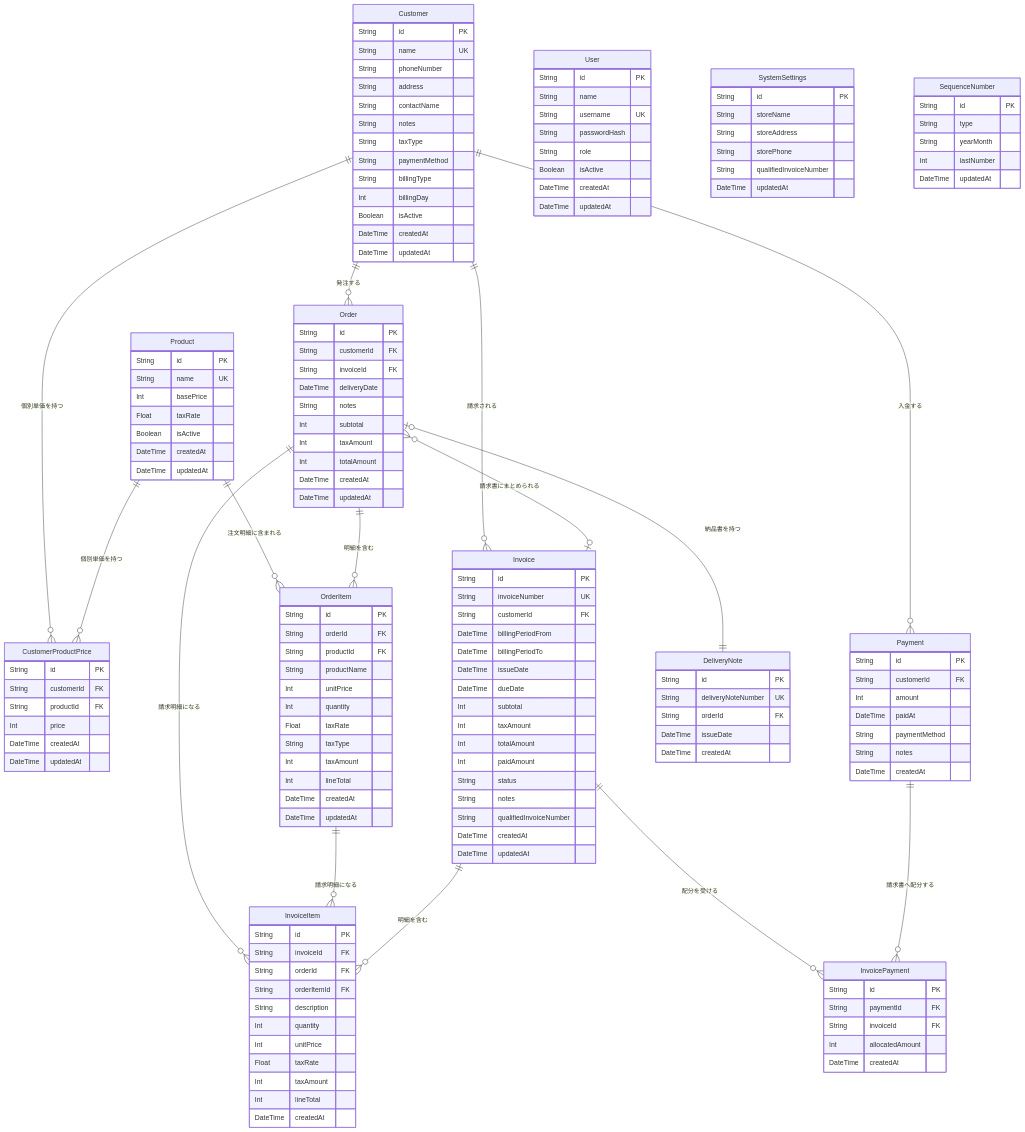
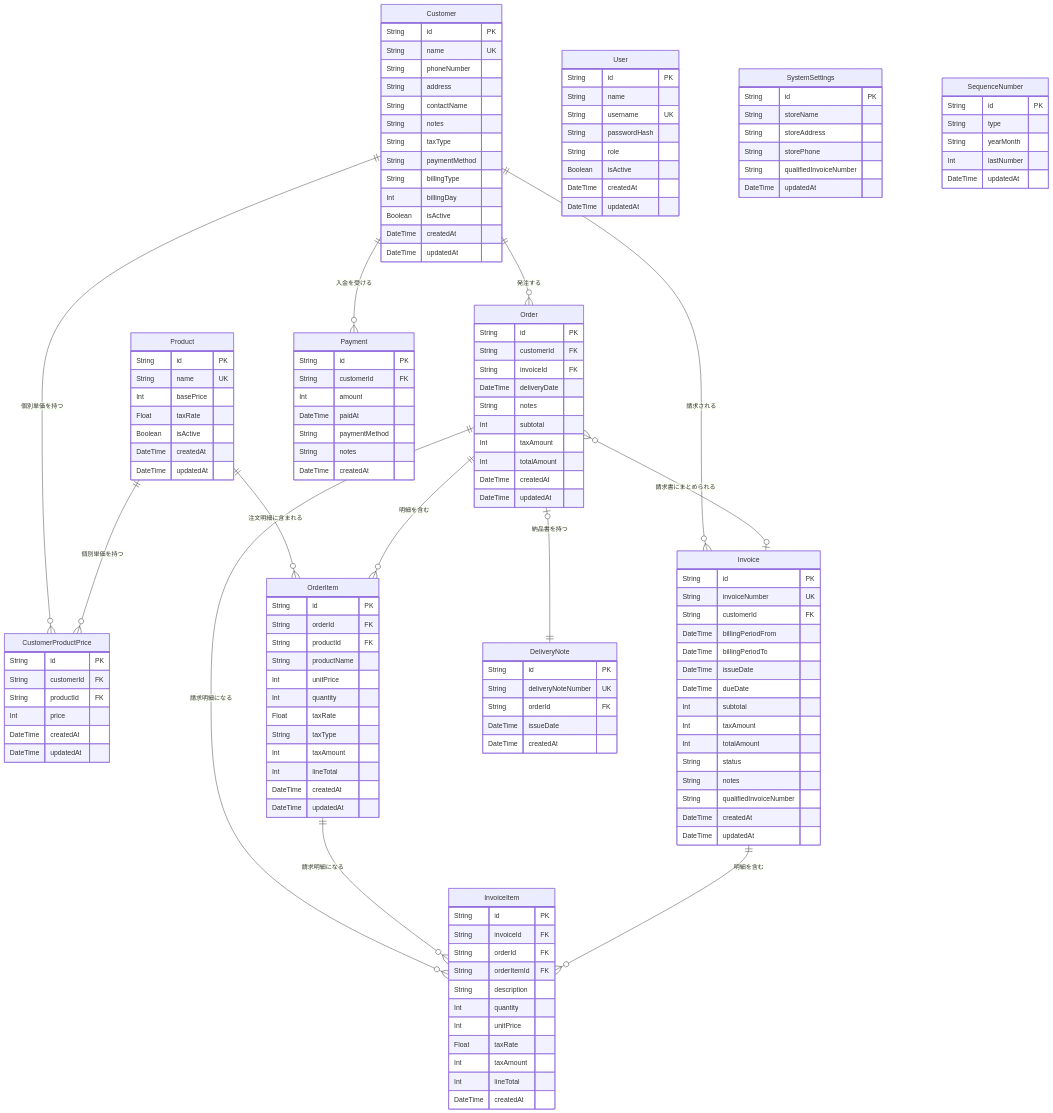
Before and after one commit to karitonov/karitonov.github.io: the diagram in docs/ManagementSystem/database.md, drawn with Mermaid. The commit also changed other lines of this file and 4 other files, not shown here.

````diff
--- a/docs/ManagementSystem/database.md
+++ b/docs/ManagementSystem/database.md
@@ -88,7 +88,6 @@
         Int    subtotal
         Int    taxAmount
         Int    totalAmount
-        Int    paidAmount
         String status
         String notes
         String qualifiedInvoiceNumber
@@ -117,14 +116,6 @@
         DateTime paidAt
         String paymentMethod
         String notes
-        DateTime createdAt
-    }
-
-    InvoicePayment {
-        String id PK
-        String paymentId  FK
-        String invoiceId  FK
-        Int    allocatedAmount
         DateTime createdAt
     }
 
@@ -167,7 +158,7 @@
     Customer    ||--o{ Order                 : "発注する"
     Customer    ||--o{ CustomerProductPrice  : "個別単価を持つ"
     Customer    ||--o{ Invoice               : "請求される"
-    Customer    ||--o{ Payment               : "入金する"
+    Customer    ||--o{ Payment               : "入金を受ける"
     Product     ||--o{ OrderItem             : "注文明細に含まれる"
     Product     ||--o{ CustomerProductPrice  : "個別単価を持つ"
     Order       ||--o{ OrderItem             : "明細を含む"
@@ -176,6 +167,4 @@
     Order       }o--o| Invoice               : "請求書にまとめられる"
     OrderItem   ||--o{ InvoiceItem           : "請求明細になる"
     Invoice     ||--o{ InvoiceItem           : "明細を含む"
-    Invoice     ||--o{ InvoicePayment        : "配分を受ける"
-    Payment     ||--o{ InvoicePayment        : "請求書へ配分する"
 ```
````
